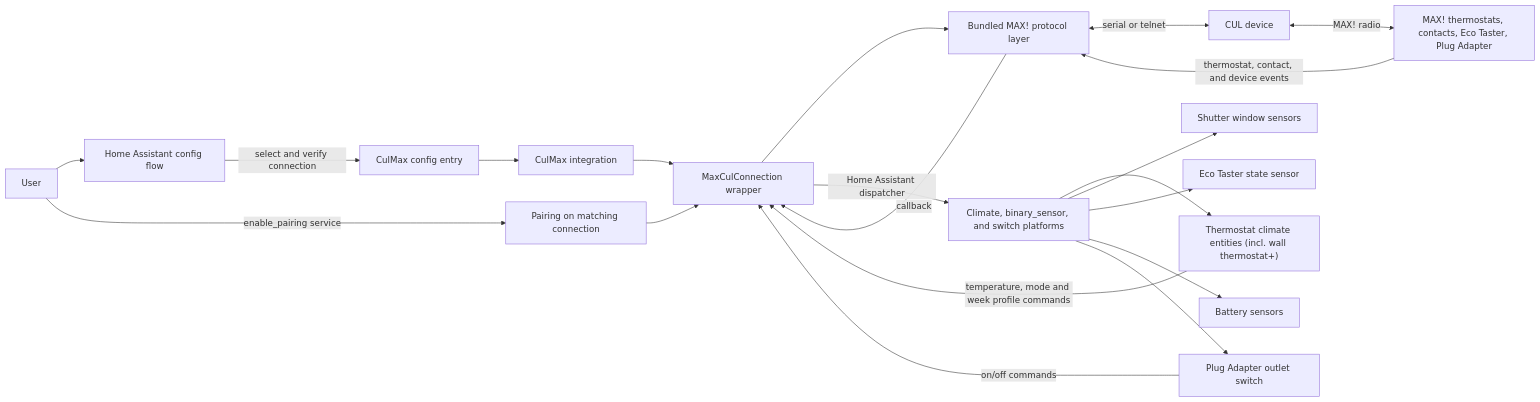
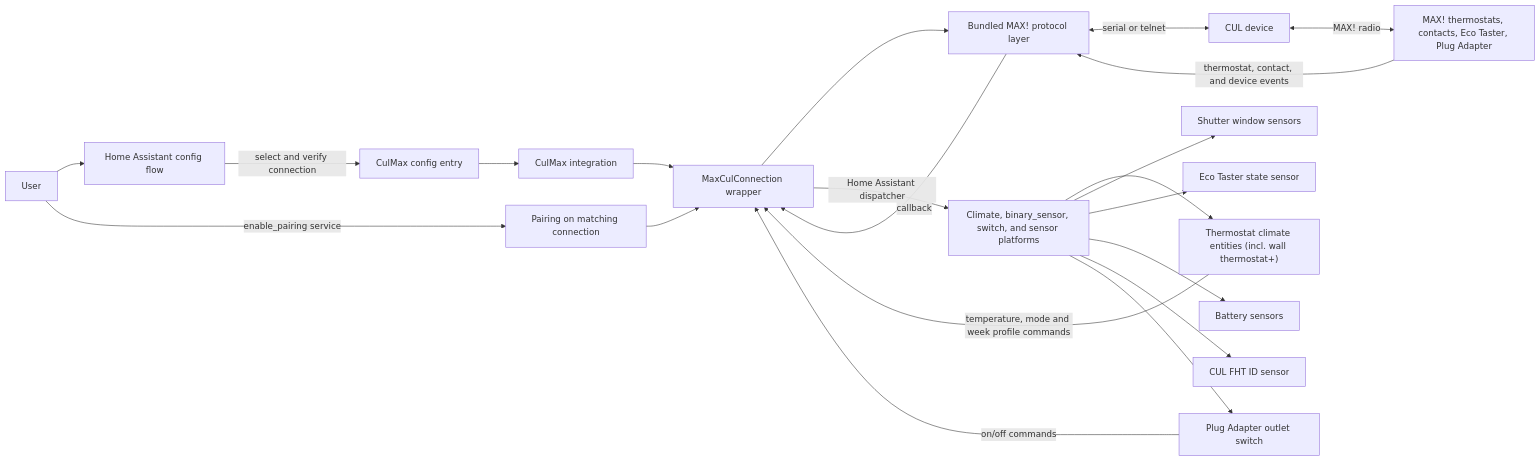
Before and after one commit to FredStich/CulMax: the first of 2 diagrams in README.md, drawn with Mermaid. The commit also changed other lines of this file and 10 other files, not shown here.

````diff
--- a/README.md
+++ b/README.md
@@ -124,24 +126,25 @@
 ```mermaid
 flowchart LR
     User --> ConfigFlow["Home Assistant config flow"]
     ConfigFlow -->|select and verify connection| ConfigEntry["CulMax config entry"]
     ConfigEntry --> Integration["CulMax integration"]
     Integration --> Connection["MaxCulConnection wrapper"]
     Connection --> PyMaxCUL["Bundled MAX! protocol layer"]
     PyMaxCUL <-->|serial or telnet| CUL["CUL device"]
     CUL <-->|MAX! radio| Devices["MAX! thermostats, contacts, Eco Taster, Plug Adapter"]
 
     Devices -->|thermostat, contact, and device events| PyMaxCUL
     PyMaxCUL -->|callback| Connection
-    Connection -->|Home Assistant dispatcher| Platforms["Climate, binary_sensor, and switch platforms"]
+    Connection -->|Home Assistant dispatcher| Platforms["Climate, binary_sensor, switch, and sensor platforms"]
     Platforms --> Thermostat["Thermostat climate entities (incl. wall thermostat+)"]
     Platforms --> Shutter["Shutter window sensors"]
     Platforms --> EcoTaster["Eco Taster state sensor"]
     Platforms --> Battery["Battery sensors"]
+    Platforms --> FHTID["CUL FHT ID sensor"]
     Thermostat -->|temperature, mode and week profile commands| Connection
     Platforms --> PlugAdapter["Plug Adapter outlet switch"]
     PlugAdapter -->|on/off commands| Connection
 
     User -->|enable_pairing service| Pairing["Pairing on matching connection"]
     Pairing --> Connection
 ```
````
